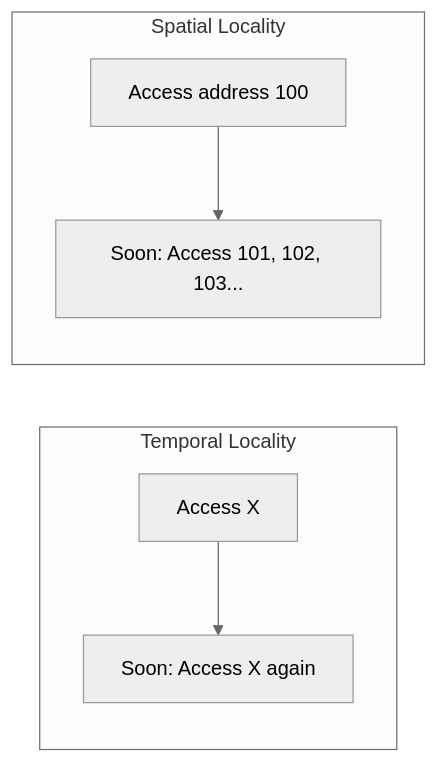
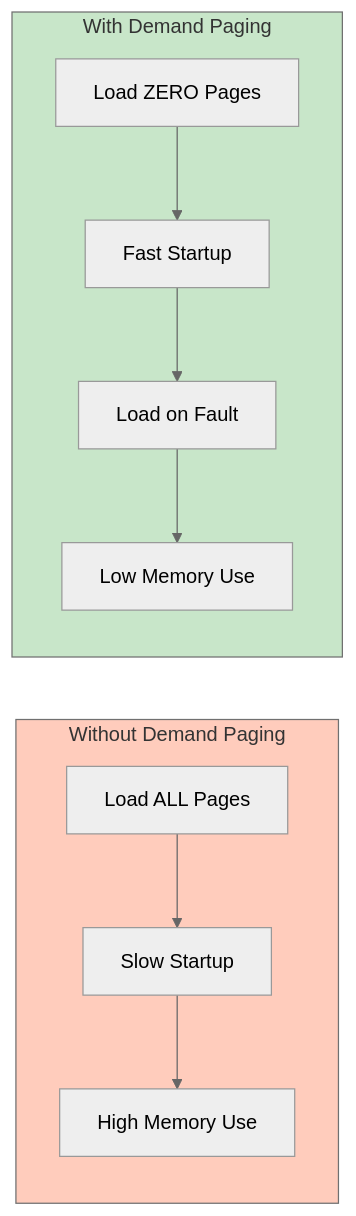
The fifth of 18 diagrams in content/CS2106/L9.md (Nathan0820/vault), drawn with Mermaid (neutral theme) before and after one commit. The commit also changed other lines of this file and 2 other files, not shown here.

````diff
--- a/content/CS2106/L9.md
+++ b/content/CS2106/L9.md
@@ -119,9 +296,16 @@
 ```mermaid
 flowchart LR
-    subgraph TL ["Temporal Locality"]
-        A1[Access X] --> A2[Soon: Access X again]
+    subgraph Without ["Without Demand Paging"]
+        W1[Load ALL Pages] --> W2[Slow Startup]
+        W2 --> W3[High Memory Use]
     end
-    subgraph SL ["Spatial Locality"]
-        B1[Access address 100] --> B2[Soon: Access 101, 102, 103...]
+
+    subgraph With ["With Demand Paging"]
+        D1[Load ZERO Pages] --> D2[Fast Startup]
+        D2 --> D3[Load on Fault]
+        D3 --> D4[Low Memory Use]
     end
+
+    style Without fill:#ffccbc
+    style With fill:#c8e6c9
 ```
````
